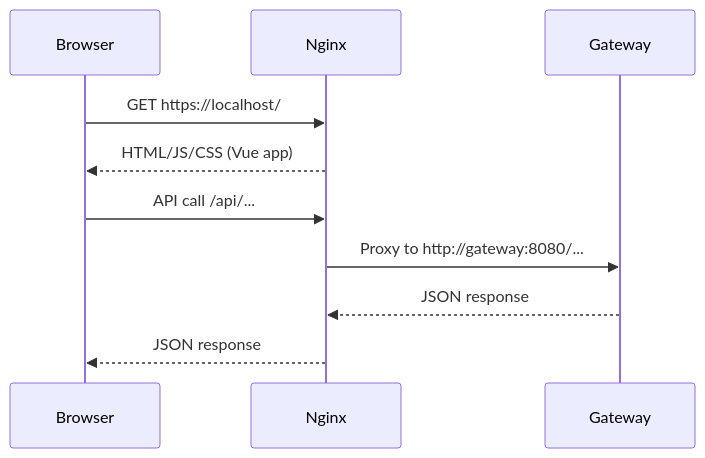
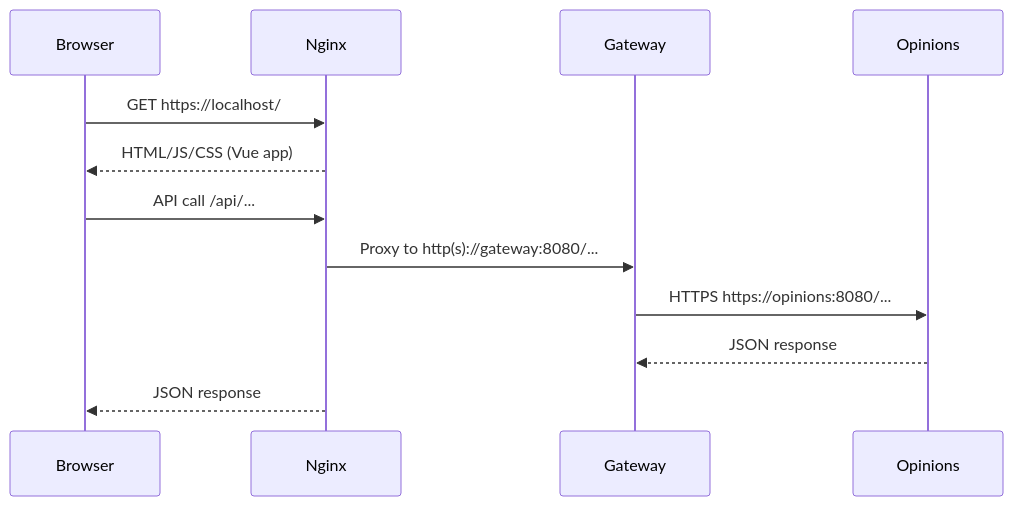
The third of 4 diagrams in docs/docker-architecture.md (owrmille/r8n), drawn with Mermaid before and after one commit. The commit also changed other lines of this file and 2 other files, not shown here.

Commit message:
Update docs for internal HTTPS

````diff
--- a/docs/docker-architecture.md
+++ b/docs/docker-architecture.md
@@ -47,14 +48,16 @@
 ```mermaid
 sequenceDiagram
   participant B as Browser
   participant N as Nginx
   participant G as Gateway
+  participant O as Opinions
 
   B->>N: GET https://localhost/
   N-->>B: HTML/JS/CSS (Vue app)
 
   B->>N: API call /api/...
-  N->>G: Proxy to http://gateway:8080/...
-  G-->>N: JSON response
+  N->>G: Proxy to http(s)://gateway:8080/...
+  G->>O: HTTPS https://opinions:8080/...
+  O-->>G: JSON response
   N-->>B: JSON response
 ```
````
